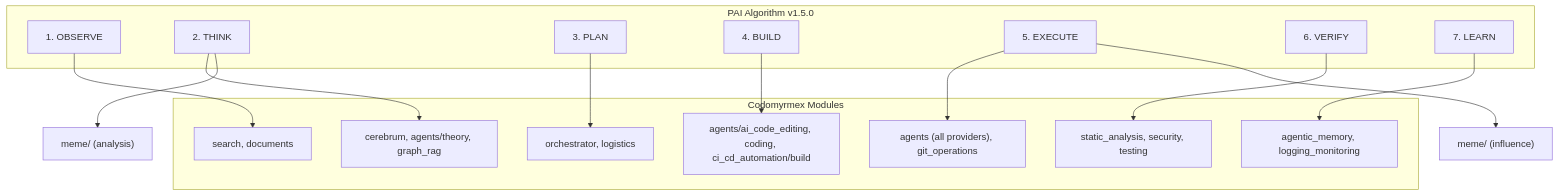
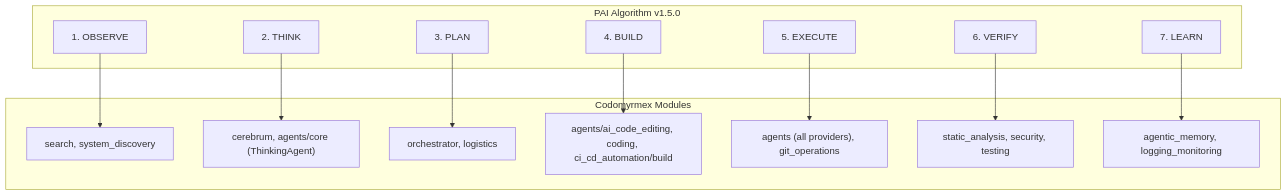
The second of 2 diagrams in src/codomyrmex/PAI.md (docxology/codomyrmex), drawn with Mermaid before and after one commit. The commit also changed other lines of this file and 599 other files, not shown here.

````diff
--- a/src/codomyrmex/PAI.md
+++ b/src/codomyrmex/PAI.md
@@ -126,32 +106,30 @@
 ```mermaid
 graph TB
     subgraph Algorithm ["PAI Algorithm v1.5.0"]
         OBSERVE["1. OBSERVE"]
         THINK["2. THINK"]
         PLAN["3. PLAN"]
         BUILD["4. BUILD"]
         EXECUTE["5. EXECUTE"]
         VERIFY["6. VERIFY"]
         LEARN["7. LEARN"]
     end
 
     subgraph Modules ["Codomyrmex Modules"]
-        PM["search, documents"]
-        CB["cerebrum, agents/theory, graph_rag"]
+        PM["search, system_discovery"]
+        CB["cerebrum, agents/core (ThinkingAgent)"]
         OR["orchestrator, logistics"]
         CE["agents/ai_code_editing, coding, ci_cd_automation/build"]
         AG["agents (all providers), git_operations"]
         SA["static_analysis, security, testing"]
         AM["agentic_memory, logging_monitoring"]
     end
 
     OBSERVE --> PM
     THINK --> CB
-    THINK --> ME["meme/ (analysis)"]
     PLAN --> OR
     BUILD --> CE
     EXECUTE --> AG
-    EXECUTE --> MI["meme/ (influence)"]
     VERIFY --> SA
     LEARN --> AM
 ```
````
